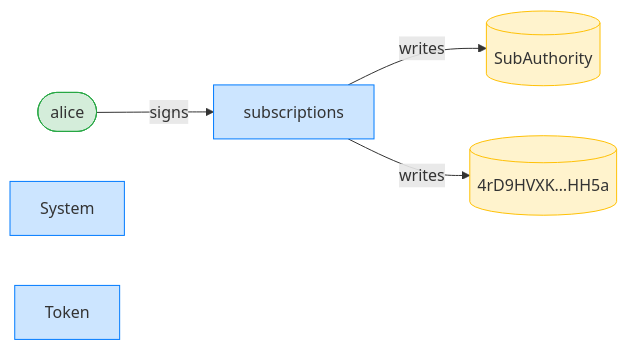
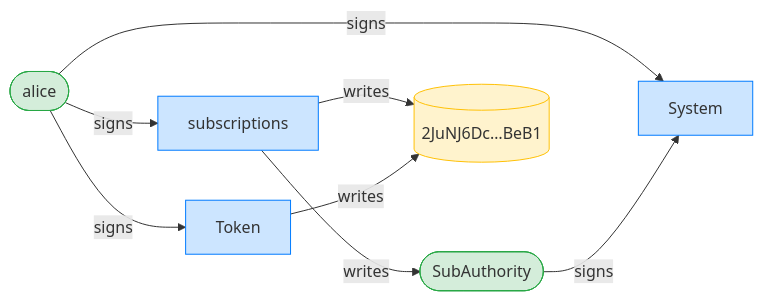
The third of 8 diagrams in dsl_tests/create-a-recurring-delegation.md (cds-rs/subscriptions), drawn with Mermaid before and after one commit. The commit also changed other lines of this file and 224 other files, not shown here.

````diff
--- a/dsl_tests/create-a-recurring-delegation.md
+++ b/dsl_tests/create-a-recurring-delegation.md
@@ -55,15 +56,19 @@
 ```mermaid
 flowchart LR
     classDef signer fill:#d4edda,stroke:#28a745;
     classDef program fill:#cce5ff,stroke:#007bff;
     classDef writable fill:#fff3cd,stroke:#ffc107;
     subscriptions[subscriptions]:::program
     alice([alice]):::signer
-    SubAuthority[(SubAuthority)]:::writable
-    4rD9HVXK_HH5a[("4rD9HVXK…HH5a")]:::writable
+    SubAuthority([SubAuthority]):::signer
+    2JuNJ6Dc_BeB1[("2JuNJ6Dc…BeB1")]:::writable
     System[System]:::program
     Token[Token]:::program
     alice -->|signs| subscriptions
+    alice -->|signs| System
+    SubAuthority -->|signs| System
+    alice -->|signs| Token
     subscriptions -->|writes| SubAuthority
-    subscriptions -->|writes| 4rD9HVXK_HH5a
+    subscriptions -->|writes| 2JuNJ6Dc_BeB1
+    Token -->|writes| 2JuNJ6Dc_BeB1
 ```
````
